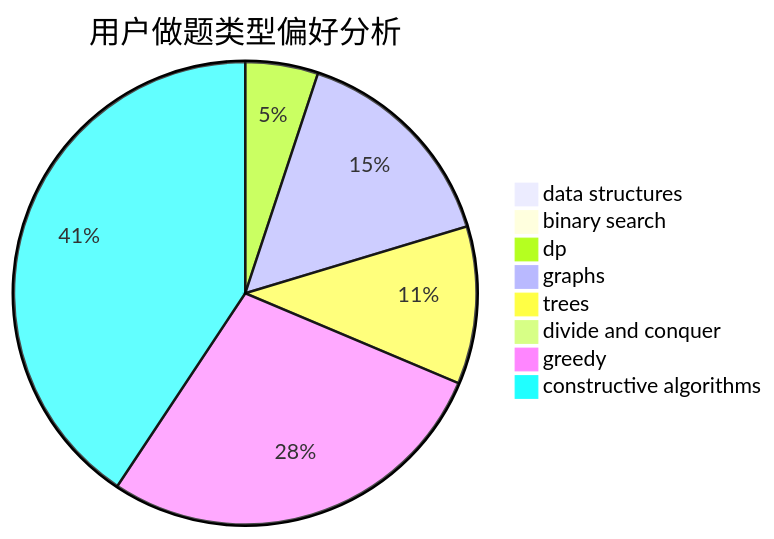
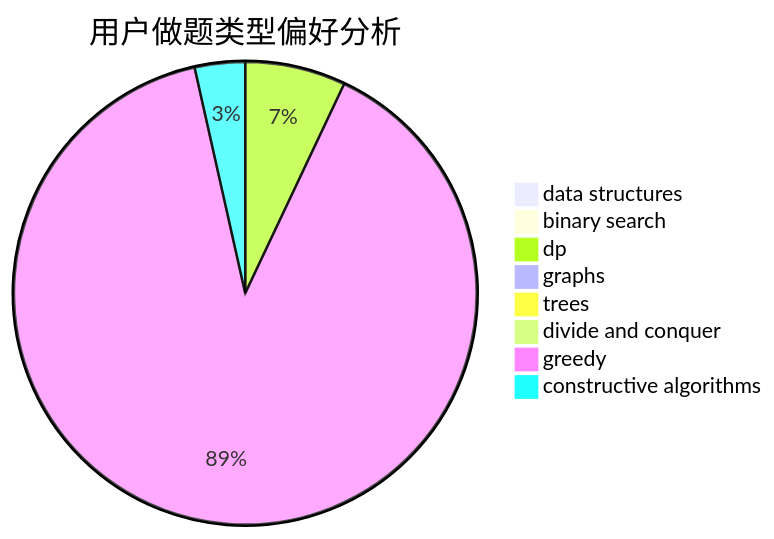
The second of 3 diagrams in docs/user/u144.md (sherpahu/cfrs.github.io), drawn with Mermaid before and after one commit. The commit also changed other lines of this file and 2770 other files, not shown here.

````diff
--- a/docs/user/u144.md
+++ b/docs/user/u144.md
@@ -23,11 +23,11 @@
 ```mermaid
 pie title 用户做题类型偏好分析
-    "data structures" :  0
+    "data structures" :  1
     "binary search" :  0
-    "dp" :  6
-    "graphs" :  18
-    "trees" :  13
+    "dp" :  26
+    "graphs" :  3
+    "trees" :  0
     "divide and conquer" :  0
-    "greedy" :  33
-    "constructive algorithms" :  48
+    "greedy" :  331
+    "constructive algorithms" :  13
 ```
````
